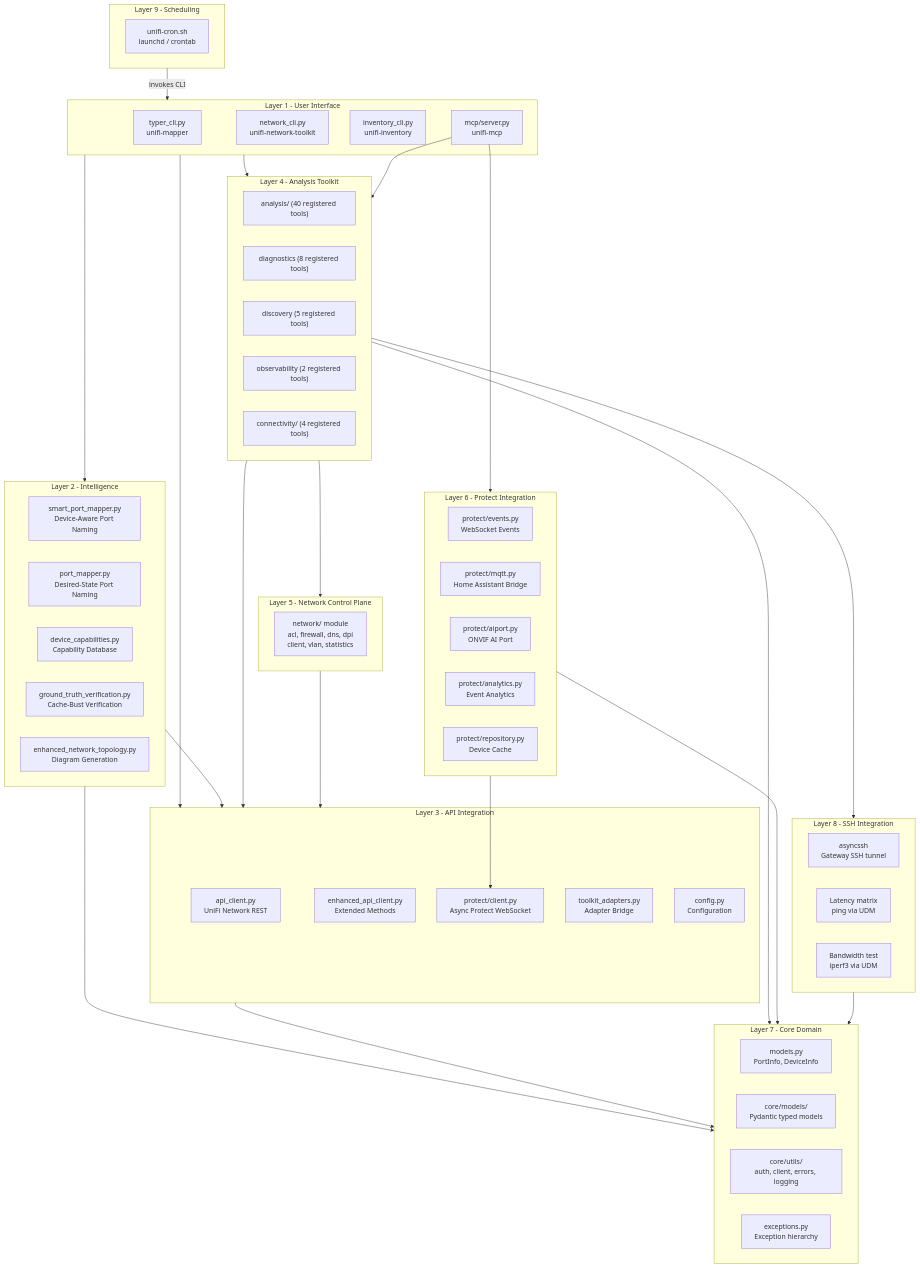
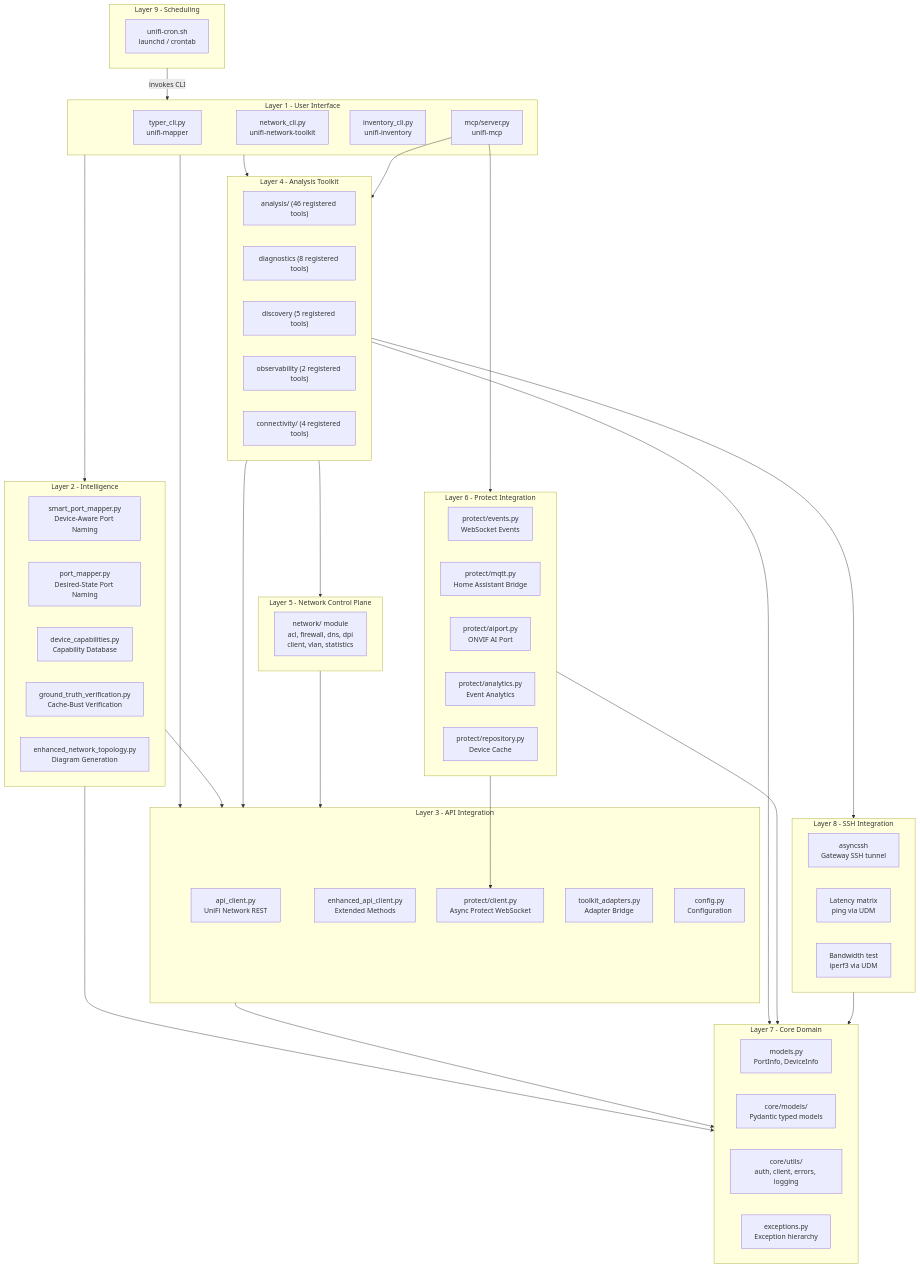
Before and after one commit to NetDevAutomate/unifi_management_cli: the first of 21 diagrams in docs/architecture/architecture-overview.md, drawn with Mermaid. The commit also changed other lines of this file and 9 other files, not shown here.

````diff
--- a/docs/architecture/architecture-overview.md
+++ b/docs/architecture/architecture-overview.md
@@ -55,80 +55,80 @@
 ```mermaid
 graph TB
     subgraph UI["Layer 1 - User Interface"]
         TC["typer_cli.py\nunifi-mapper"]
         NC["network_cli.py\nunifi-network-toolkit"]
         IC["inventory_cli.py\nunifi-inventory"]
         MCP["mcp/server.py\nunifi-mcp"]
     end
 
     subgraph SCHED["Layer 9 - Scheduling"]
         CRON["unifi-cron.sh\nlaunchd / crontab"]
     end
 
     subgraph INT["Layer 2 - Intelligence"]
         SPM["smart_port_mapper.py\nDevice-Aware Port Naming"]
         PM["port_mapper.py\nDesired-State Port Naming"]
         DC["device_capabilities.py\nCapability Database"]
         GTV["ground_truth_verification.py\nCache-Bust Verification"]
         NT["enhanced_network_topology.py\nDiagram Generation"]
     end
 
     subgraph API["Layer 3 - API Integration"]
         AC["api_client.py\nUniFi Network REST"]
         EAC["enhanced_api_client.py\nExtended Methods"]
         PC["protect/client.py\nAsync Protect WebSocket"]
         TA["toolkit_adapters.py\nAdapter Bridge"]
         CFG["config.py\nConfiguration"]
     end
 
     subgraph AT["Layer 4 - Analysis Toolkit"]
-        AN["analysis/ (40 registered tools)"]
+        AN["analysis/ (46 registered tools)"]
         DG["diagnostics (8 registered tools)"]
         DS["discovery (5 registered tools)"]
         OB["observability (2 registered tools)"]
         CN["connectivity/ (4 registered tools)"]
     end
 
     subgraph SSH["Layer 8 - SSH Integration"]
         SSHL["asyncssh\nGateway SSH tunnel"]
         PING["Latency matrix\nping via UDM"]
         IPERF["Bandwidth test\niperf3 via UDM"]
     end
 
     subgraph NCP["Layer 5 - Network Control Plane"]
         NW["network/ module\nacl, firewall, dns, dpi\nclient, vlan, statistics"]
     end
 
     subgraph PR["Layer 6 - Protect Integration"]
         PE["protect/events.py\nWebSocket Events"]
         PQ["protect/mqtt.py\nHome Assistant Bridge"]
         PAI["protect/aiport.py\nONVIF AI Port"]
         PAN["protect/analytics.py\nEvent Analytics"]
         PRE["protect/repository.py\nDevice Cache"]
     end
 
     subgraph CD["Layer 7 - Core Domain"]
         MD["models.py\nPortInfo, DeviceInfo"]
         CM["core/models/\nPydantic typed models"]
         CU["core/utils/\nauth, client, errors, logging"]
         EX["exceptions.py\nException hierarchy"]
     end
 
     SCHED -->|"invokes CLI"| UI
     UI --> INT
     UI --> API
     UI --> AT
     INT --> API
     INT --> CD
     API --> CD
     AT --> API
     AT --> SSH
     AT --> NCP
     AT --> CD
     NCP --> API
     PR --> PC
     PR --> CD
     MCP --> AT
     MCP --> PR
     SSH --> CD
 ```
````
